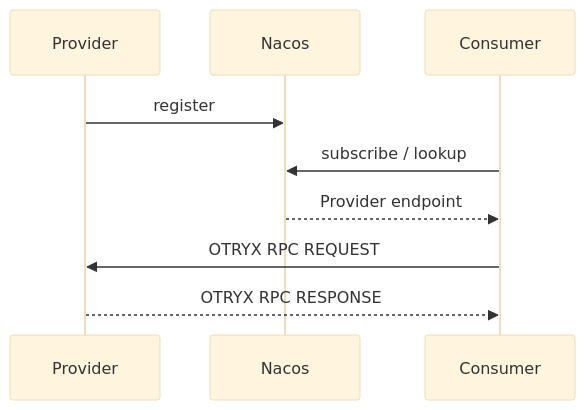
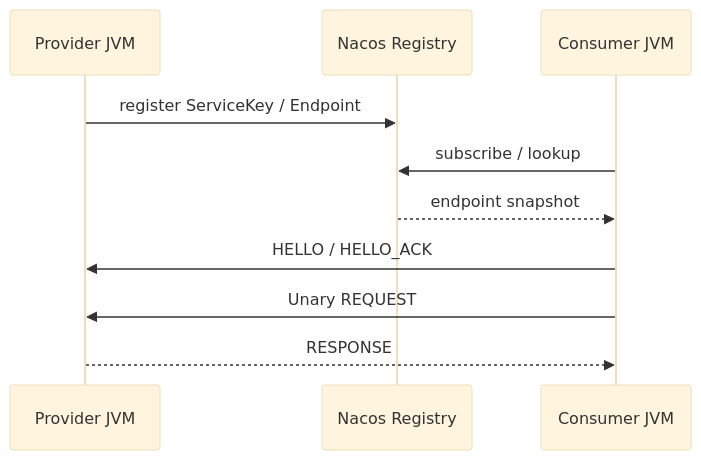
Before and after one commit to Ryan-Guizhou/otryx-rpc: the diagram in docs/getting-started.md, drawn with Mermaid (base theme). The commit also changed other lines of this file and 89 other files, not shown here.

````diff
--- a/docs/getting-started.md
+++ b/docs/getting-started.md
@@ -84,12 +75,12 @@
 ```mermaid
 sequenceDiagram
-    participant P as Provider
-    participant N as Nacos
-    participant C as Consumer
-
-    P->>N: register
-    C->>N: subscribe / lookup
-    N-->>C: Provider endpoint
-    C->>P: OTRYX RPC REQUEST
-    P-->>C: OTRYX RPC RESPONSE
+    participant P as Provider JVM
+    participant R as Nacos Registry
+    participant C as Consumer JVM
+    P->>R: register ServiceKey / Endpoint
+    C->>R: subscribe / lookup
+    R-->>C: endpoint snapshot
+    C->>P: HELLO / HELLO_ACK
+    C->>P: Unary REQUEST
+    P-->>C: RESPONSE
 ```
````
